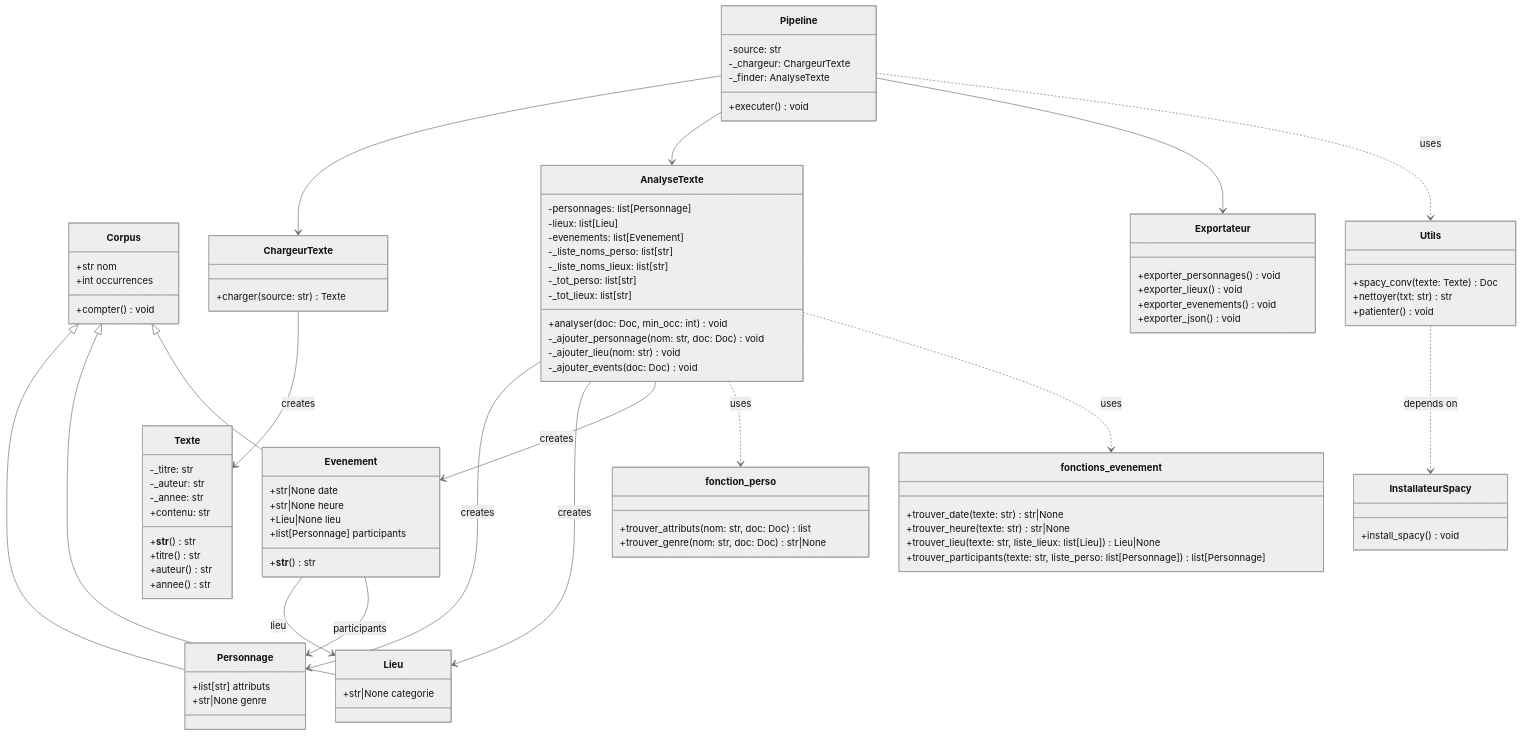
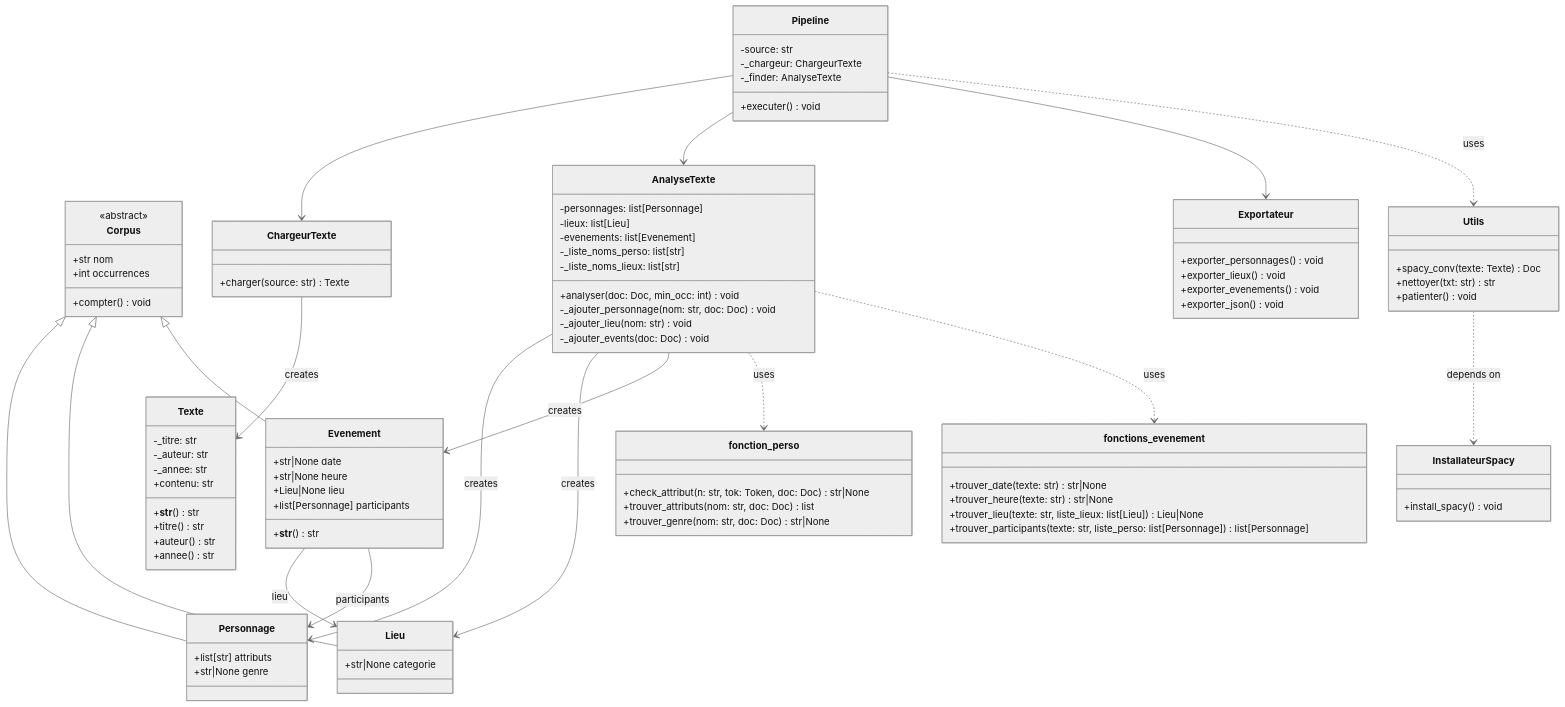
One commit to Gcapo55/projetPOO changed the first of 2 diagrams in README.md. Above: the diagram before and after it, drawn with Mermaid (neutral theme).

Commit message:
diagramme à jour

````diff
--- a/README.md
+++ b/README.md
@@ -26,6 +26,7 @@
 ```mermaid
 classDiagram
     class Corpus {
+        <<abstract>>
         +str nom
         +int occurrences
         +compter() void
@@ -77,8 +78,6 @@
         -evenements: list[Evenement]
         -_liste_noms_perso: list[str]
         -_liste_noms_lieux: list[str]
-        -_tot_perso: list[str]
-        -_tot_lieux: list[str]
         +analyser(doc: Doc, min_occ: int) void
         -_ajouter_personnage(nom: str, doc: Doc) void
         -_ajouter_lieu(nom: str) void
@@ -118,6 +117,7 @@
     }
 
     class fonction_perso {
+        +check_attribut(n: str, tok: Token, doc: Doc) str|None
         +trouver_attributs(nom: str, doc: Doc) list
         +trouver_genre(nom: str, doc: Doc) str|None
     }
````
